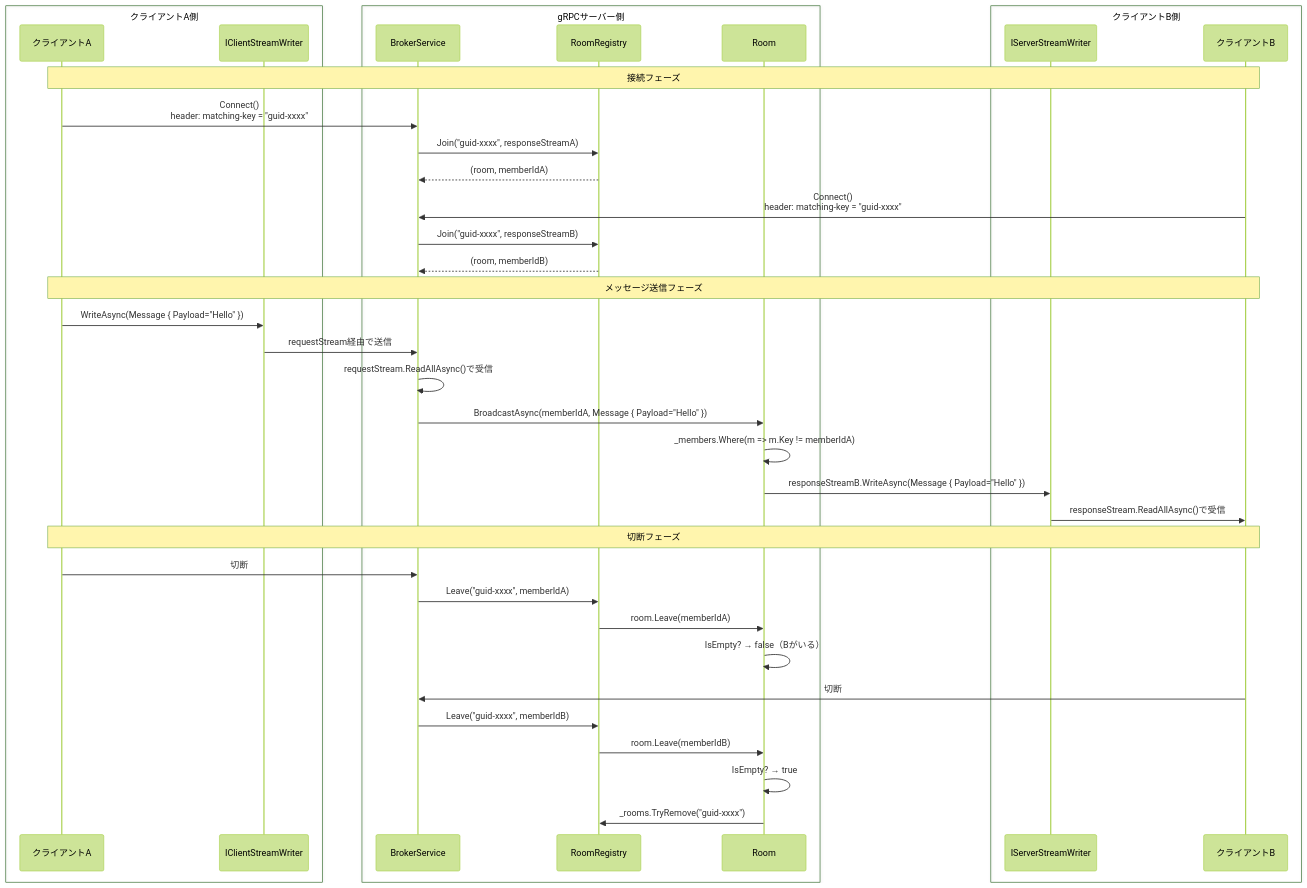
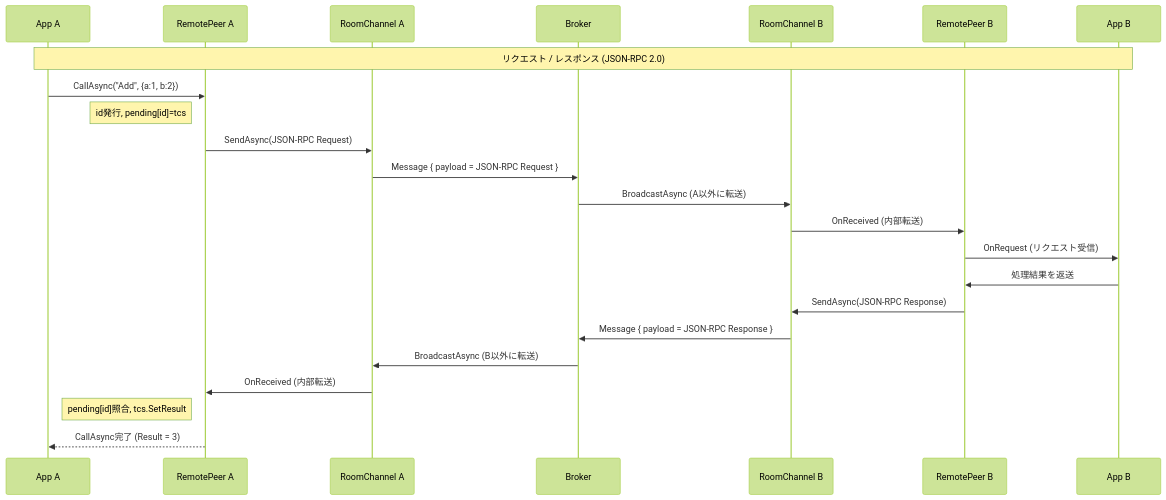
The second of 4 diagrams in spec.md (jun8k2003/RCOM13162), drawn with Mermaid (forest theme) before and after one commit. The commit also changed other lines of this file and 8 other files, not shown here.

````diff
--- a/spec.md
+++ b/spec.md
@@ -213,51 +254,28 @@
 ```mermaid
 sequenceDiagram
-    box クライアントA側
-        participant CA as クライアントA
-        participant CSA as IClientStreamWriter
-    end
+    participant AA as App A
+    participant PA as RemotePeer A
+    participant CA as RoomChannel A
+    participant BK as Broker
+    participant CB as RoomChannel B
+    participant PB as RemotePeer B
+    participant AB as App B
 
-    box gRPCサーバー側
-        participant BS as BrokerService
-        participant RR as RoomRegistry
-        participant Room as Room
-    end
+    Note over AA,AB: リクエスト / レスポンス (JSON-RPC 2.0)
 
-    box クライアントB側
-        participant CSB as IServerStreamWriter
-        participant CB as クライアントB
-    end
+    AA->>PA: CallAsync("Add", {a:1, b:2})
+    Note left of PA: id発行, pending[id]=tcs
+    PA->>CA: SendAsync(JSON-RPC Request)
+    CA->>BK: Message { payload = JSON-RPC Request }
+    BK->>CB: BroadcastAsync (A以外に転送)
+    CB->>PB: OnReceived (内部転送)
+    PB->>AB: OnRequest (リクエスト受信)
 
-    Note over CA,CB: 接続フェーズ
-
-    CA->>BS: Connect()<br/>header: matching-key = "guid-xxxx"
-    BS->>RR: Join("guid-xxxx", responseStreamA)
-    RR-->>BS: (room, memberIdA)
-
-    CB->>BS: Connect()<br/>header: matching-key = "guid-xxxx"
-    BS->>RR: Join("guid-xxxx", responseStreamB)
-    RR-->>BS: (room, memberIdB)
-
-    Note over CA,CB: メッセージ送信フェーズ
-
-    CA->>CSA: WriteAsync(Message { Payload="Hello" })
-    CSA->>BS: requestStream経由で送信
-    BS->>BS: requestStream.ReadAllAsync()で受信
-    BS->>Room: BroadcastAsync(memberIdA, Message { Payload="Hello" })
-    Room->>Room: _members.Where(m => m.Key != memberIdA)
-    Room->>CSB: responseStreamB.WriteAsync(Message { Payload="Hello" })
-    CSB->>CB: responseStream.ReadAllAsync()で受信
-
-    Note over CA,CB: 切断フェーズ
-
-    CA->>BS: 切断
-    BS->>RR: Leave("guid-xxxx", memberIdA)
-    RR->>Room: room.Leave(memberIdA)
-    Room->>Room: IsEmpty? → false（Bがいる）
-
-    CB->>BS: 切断
-    BS->>RR: Leave("guid-xxxx", memberIdB)
-    RR->>Room: room.Leave(memberIdB)
-    Room->>Room: IsEmpty? → true
-    Room->>RR: _rooms.TryRemove("guid-xxxx")
+    AB->>PB: 処理結果を返送
+    PB->>CB: SendAsync(JSON-RPC Response)
+    CB->>BK: Message { payload = JSON-RPC Response }
+    BK->>CA: BroadcastAsync (B以外に転送)
+    CA->>PA: OnReceived (内部転送)
+    Note left of PA: pending[id]照合, tcs.SetResult
+    PA-->>AA: CallAsync完了 (Result = 3)
 ```
````
